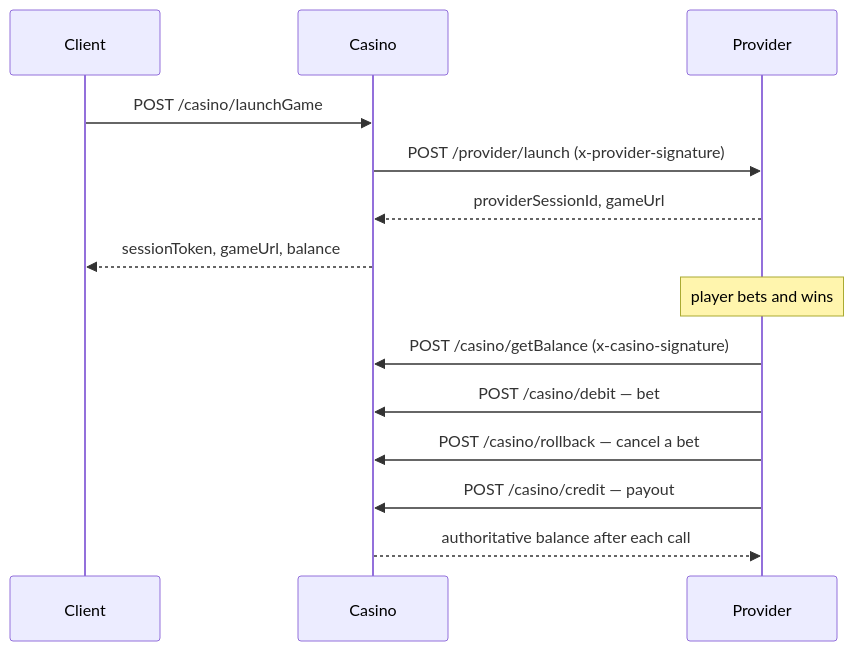
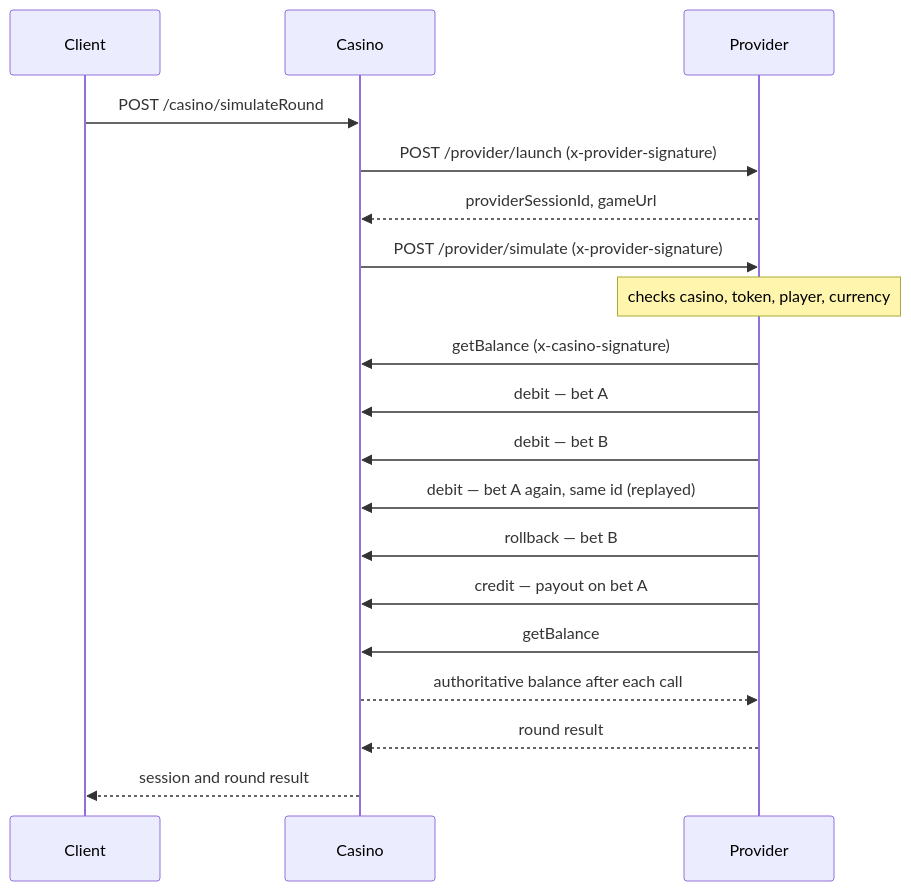
One commit to mari-tza/jaqpot-casino-integration changed the second of 2 diagrams in docs/architecture.md. Above: the diagram before and after it, drawn with Mermaid. The commit also changed other lines of this file and 3 other files, not shown here.

Commit message:
docs: simulation flow (D16–D18) and API, close M6 in plan

````diff
--- a/docs/architecture.md
+++ b/docs/architecture.md
@@ -40,18 +43,24 @@
 ```mermaid
 sequenceDiagram
     participant C as Client
     participant CA as Casino
     participant PR as Provider
 
-    C->>CA: POST /casino/launchGame
+    C->>CA: POST /casino/simulateRound
     CA->>PR: POST /provider/launch (x-provider-signature)
     PR-->>CA: providerSessionId, gameUrl
-    CA-->>C: sessionToken, gameUrl, balance
+    CA->>PR: POST /provider/simulate (x-provider-signature)
 
-    Note over PR: player bets and wins
-    PR->>CA: POST /casino/getBalance (x-casino-signature)
-    PR->>CA: POST /casino/debit — bet
-    PR->>CA: POST /casino/rollback — cancel a bet
-    PR->>CA: POST /casino/credit — payout
+    Note over PR: checks casino, token, player, currency
+    PR->>CA: getBalance (x-casino-signature)
+    PR->>CA: debit — bet A
+    PR->>CA: debit — bet B
+    PR->>CA: debit — bet A again, same id (replayed)
+    PR->>CA: rollback — bet B
+    PR->>CA: credit — payout on bet A
+    PR->>CA: getBalance
     CA-->>PR: authoritative balance after each call
+
+    PR-->>CA: round result
+    CA-->>C: session and round result
 ```
````
